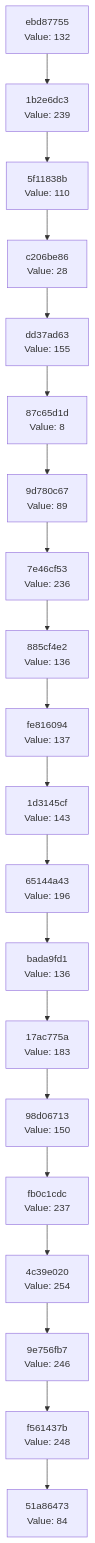
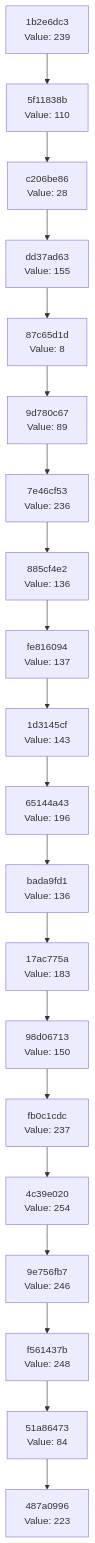
Before and after one commit to Abhisheksinha1506/hash-chain-evolver: the diagram in docs/CHAIN_VISUALIZATION.md, drawn with Mermaid. The commit also changed 2 other files, not shown here.

Commit message:
Evolution step: hash 0xDF → action executed

````diff
--- a/docs/CHAIN_VISUALIZATION.md
+++ b/docs/CHAIN_VISUALIZATION.md
@@ -3,42 +3,42 @@
 ```mermaid
 graph TD
-    C0["51a86473<br/>Value: 84"]
-    C1["f561437b<br/>Value: 248"]
+    C0["487a0996<br/>Value: 223"]
+    C1["51a86473<br/>Value: 84"]
     C1 --> C0
-    C2["9e756fb7<br/>Value: 246"]
+    C2["f561437b<br/>Value: 248"]
     C2 --> C1
-    C3["4c39e020<br/>Value: 254"]
+    C3["9e756fb7<br/>Value: 246"]
     C3 --> C2
-    C4["fb0c1cdc<br/>Value: 237"]
+    C4["4c39e020<br/>Value: 254"]
     C4 --> C3
-    C5["98d06713<br/>Value: 150"]
+    C5["fb0c1cdc<br/>Value: 237"]
     C5 --> C4
-    C6["17ac775a<br/>Value: 183"]
+    C6["98d06713<br/>Value: 150"]
     C6 --> C5
-    C7["bada9fd1<br/>Value: 136"]
+    C7["17ac775a<br/>Value: 183"]
     C7 --> C6
-    C8["65144a43<br/>Value: 196"]
+    C8["bada9fd1<br/>Value: 136"]
     C8 --> C7
-    C9["1d3145cf<br/>Value: 143"]
+    C9["65144a43<br/>Value: 196"]
     C9 --> C8
-    C10["fe816094<br/>Value: 137"]
+    C10["1d3145cf<br/>Value: 143"]
     C10 --> C9
-    C11["885cf4e2<br/>Value: 136"]
+    C11["fe816094<br/>Value: 137"]
     C11 --> C10
-    C12["7e46cf53<br/>Value: 236"]
+    C12["885cf4e2<br/>Value: 136"]
     C12 --> C11
-    C13["9d780c67<br/>Value: 89"]
+    C13["7e46cf53<br/>Value: 236"]
     C13 --> C12
-    C14["87c65d1d<br/>Value: 8"]
+    C14["9d780c67<br/>Value: 89"]
     C14 --> C13
-    C15["dd37ad63<br/>Value: 155"]
+    C15["87c65d1d<br/>Value: 8"]
     C15 --> C14
-    C16["c206be86<br/>Value: 28"]
+    C16["dd37ad63<br/>Value: 155"]
     C16 --> C15
-    C17["5f11838b<br/>Value: 110"]
+    C17["c206be86<br/>Value: 28"]
     C17 --> C16
-    C18["1b2e6dc3<br/>Value: 239"]
+    C18["5f11838b<br/>Value: 110"]
     C18 --> C17
-    C19["ebd87755<br/>Value: 132"]
+    C19["1b2e6dc3<br/>Value: 239"]
     C19 --> C18
 ```
````
